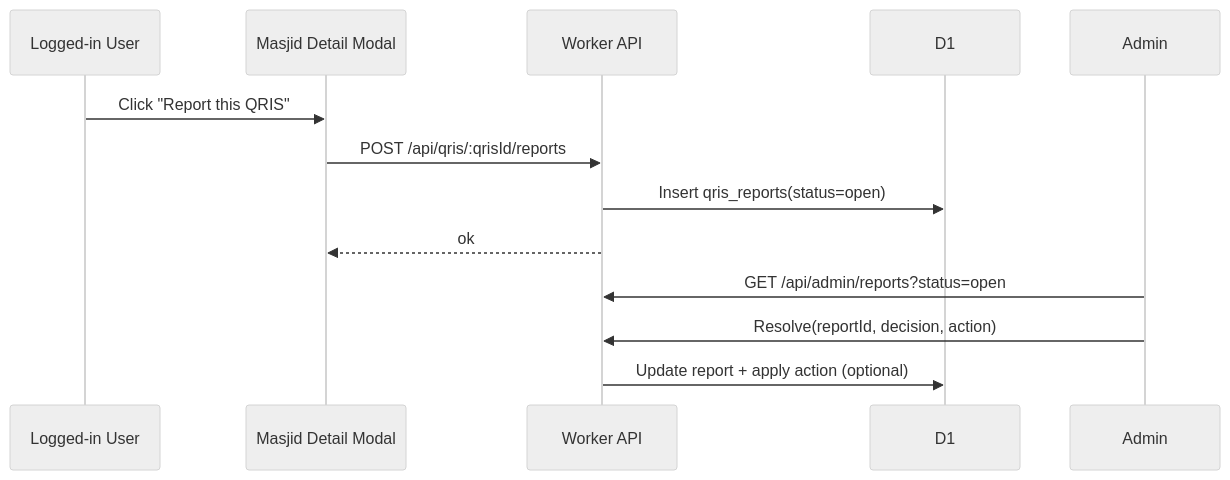
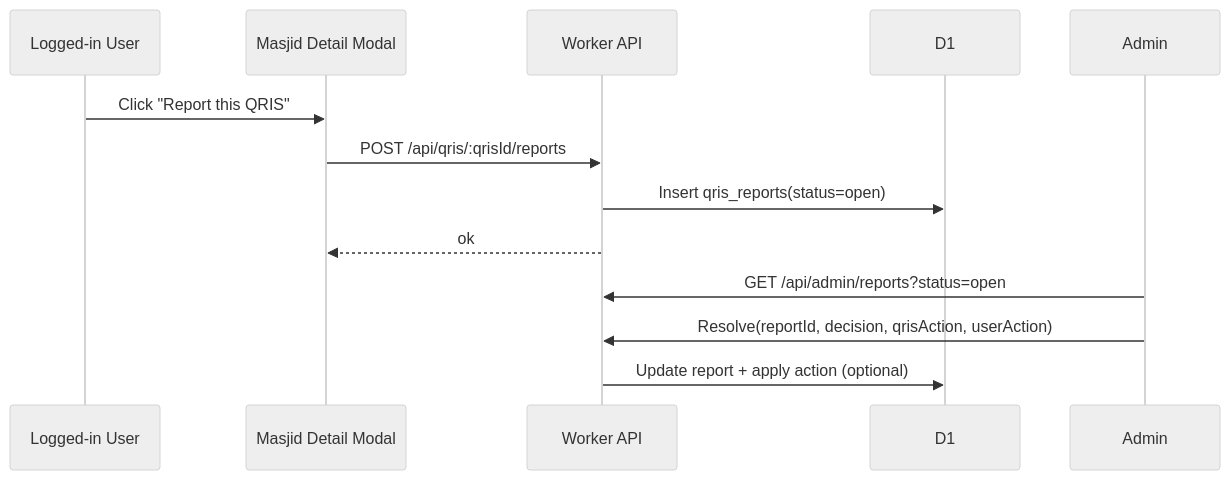
Before and after one commit to radjathaher/qris-masjid: the sixth of 6 diagrams in docs/spec.md, drawn with Mermaid (neutral theme). The commit also changed other lines of this file and 5 other files, not shown here.

````diff
--- a/docs/spec.md
+++ b/docs/spec.md
@@ -436,16 +443,16 @@
 ```mermaid
 sequenceDiagram
   participant U as Logged-in User
   participant FE as Masjid Detail Modal
   participant API as Worker API
   participant D1 as D1
   participant A as Admin
 
   U->>FE: Click "Report this QRIS"
   FE->>API: POST /api/qris/:qrisId/reports
   API->>D1: Insert qris_reports(status=open)
   API-->>FE: ok
   A->>API: GET /api/admin/reports?status=open
-  A->>API: Resolve(reportId, decision, action)
+  A->>API: Resolve(reportId, decision, qrisAction, userAction)
   API->>D1: Update report + apply action (optional)
 ```
````
